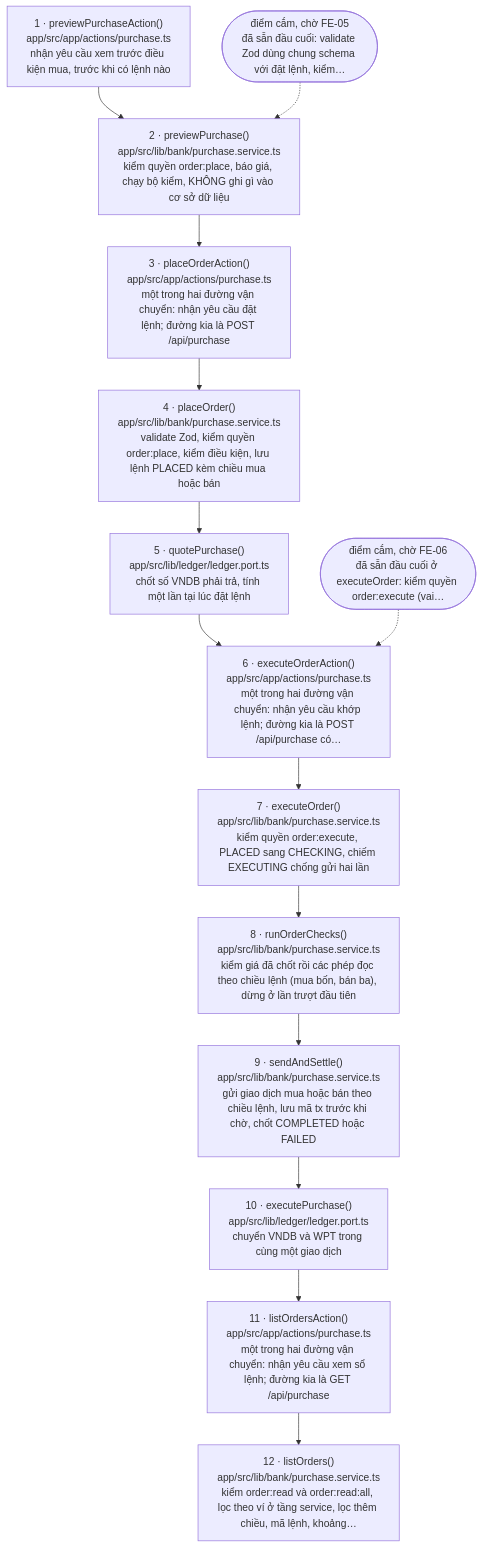
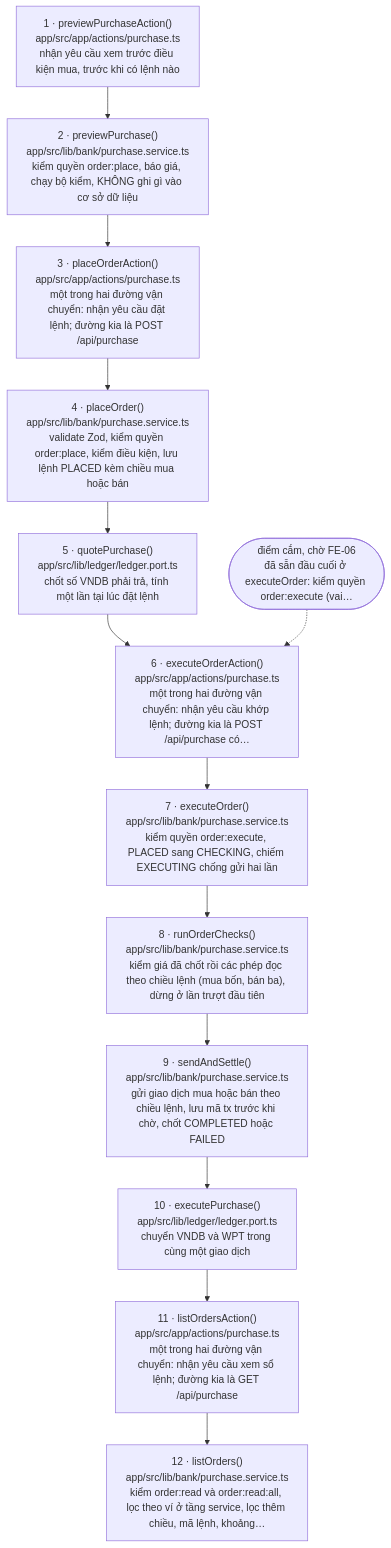
The diagram in docs/flows/purchase.md (tuannino/bidv-rwa-tokenize), drawn with Mermaid before and after one commit. The commit also changed other lines of this file and 2 other files, not shown here.

First line of the commit message:
chore(fe-25): gỡ điểm cắm FE-05 trên previewPurchase vì previewTrade đã gọi; sinh lại bảng điểm cắm

````diff
--- a/docs/flows/purchase.md
+++ b/docs/flows/purchase.md
@@ -21,30 +21,28 @@
 ```mermaid
 flowchart TD
   s1["1 · previewPurchaseAction()<br/>app/src/app/actions/purchase.ts<br/>nhận yêu cầu xem trước điều kiện mua, trước khi có lệnh nào"]
   s2["2 · previewPurchase()<br/>app/src/lib/bank/purchase.service.ts<br/>kiểm quyền order:place, báo giá, chạy bộ kiểm, KHÔNG ghi gì vào cơ sở dữ liệu"]
   s3["3 · placeOrderAction()<br/>app/src/app/actions/purchase.ts<br/>một trong hai đường vận chuyển: nhận yêu cầu đặt lệnh; đường kia là POST /api/purchase"]
   s4["4 · placeOrder()<br/>app/src/lib/bank/purchase.service.ts<br/>validate Zod, kiểm quyền order:place, kiểm điều kiện, lưu lệnh PLACED kèm chiều mua hoặc bán"]
   s5["5 · quotePurchase()<br/>app/src/lib/ledger/ledger.port.ts<br/>chốt số VNDB phải trả, tính một lần tại lúc đặt lệnh"]
   s6["6 · executeOrderAction()<br/>app/src/app/actions/purchase.ts<br/>một trong hai đường vận chuyển: nhận yêu cầu khớp lệnh; đường kia là POST /api/purchase có…"]
   s7["7 · executeOrder()<br/>app/src/lib/bank/purchase.service.ts<br/>kiểm quyền order:execute, PLACED sang CHECKING, chiếm EXECUTING chống gửi hai lần"]
   s8["8 · runOrderChecks()<br/>app/src/lib/bank/purchase.service.ts<br/>kiểm giá đã chốt rồi các phép đọc theo chiều lệnh (mua bốn, bán ba), dừng ở lần trượt đầu tiên"]
   s9["9 · sendAndSettle()<br/>app/src/lib/bank/purchase.service.ts<br/>gửi giao dịch mua hoặc bán theo chiều lệnh, lưu mã tx trước khi chờ, chốt COMPLETED hoặc FAILED"]
   s10["10 · executePurchase()<br/>app/src/lib/ledger/ledger.port.ts<br/>chuyển VNDB và WPT trong cùng một giao dịch"]
   s11["11 · listOrdersAction()<br/>app/src/app/actions/purchase.ts<br/>một trong hai đường vận chuyển: nhận yêu cầu xem sổ lệnh; đường kia là GET /api/purchase"]
   s12["12 · listOrders()<br/>app/src/lib/bank/purchase.service.ts<br/>kiểm order:read và order:read:all, lọc theo ví ở tầng service, lọc thêm chiều, mã lệnh, khoảng…"]
-  w1(["điểm cắm, chờ FE-05<br/>đã sẵn đầu cuối: validate Zod dùng chung schema với đặt lệnh, kiểm…"])
-  w2(["điểm cắm, chờ FE-06<br/>đã sẵn đầu cuối ở executeOrder: kiểm quyền order:execute (vai…"])
+  w1(["điểm cắm, chờ FE-06<br/>đã sẵn đầu cuối ở executeOrder: kiểm quyền order:execute (vai…"])
   s1 --> s2
   s2 --> s3
   s3 --> s4
   s4 --> s5
   s5 --> s6
   s6 --> s7
   s7 --> s8
   s8 --> s9
   s9 --> s10
   s10 --> s11
   s11 --> s12
-  w1 -.-> s2
-  w2 -.-> s6
+  w1 -.-> s6
 ```
````
